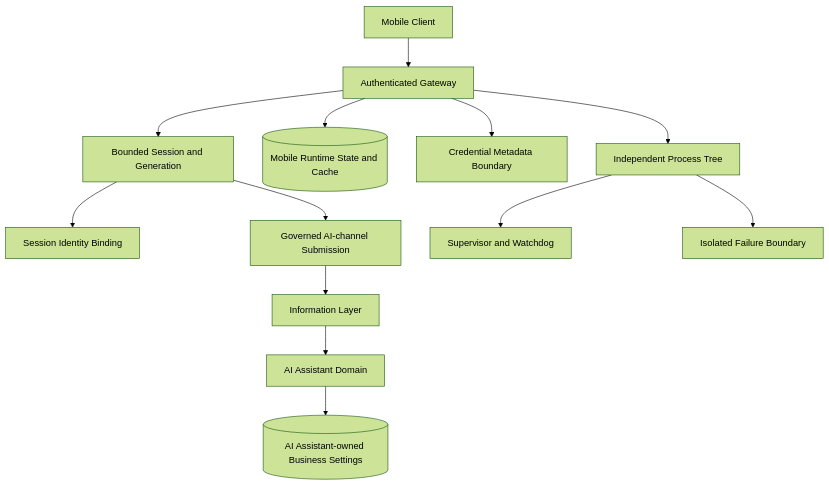
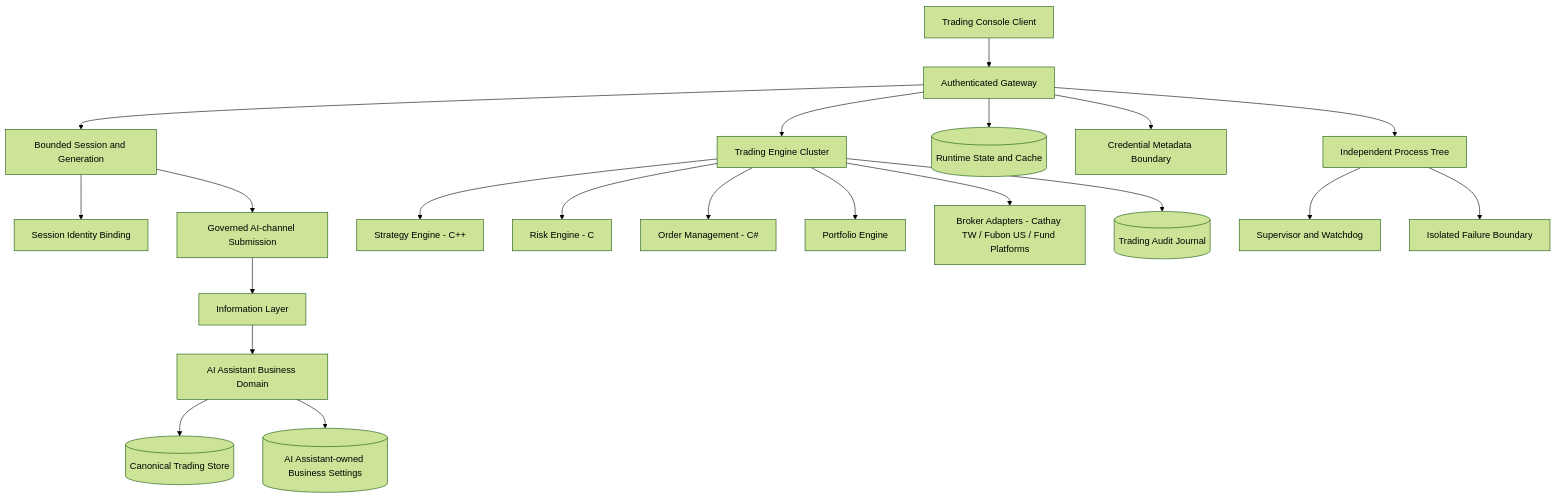
One commit to guilty442-source/GPTBridge changed the diagram in governance_rule/codex/architecture-tool-investment-mobile.md. Above: the diagram before and after it, drawn with Mermaid (forest theme). The commit also changed other lines of this file and 209 other files, not shown here.

````diff
--- a/governance_rule/codex/architecture-tool-investment-mobile.md
+++ b/governance_rule/codex/architecture-tool-investment-mobile.md
@@ -3,15 +3,23 @@
 ```mermaid
 flowchart TB
-  CLIENT[Mobile Client] --> GATE[Authenticated Gateway]
+  CONSOLE[Trading Console Client] --> GATE[Authenticated Gateway]
   GATE --> SESSION[Bounded Session and Generation]
   SESSION --> IDENT[Session Identity Binding]
   SESSION --> CHANNEL[Governed AI-channel Submission]
   CHANNEL --> INFO[Information Layer]
-  INFO --> AI[AI Assistant Domain]
-  GATE --> STATE[(Mobile Runtime State and Cache)]
+  INFO --> AI[AI Assistant Business Domain]
+  AI --> STORE[(Canonical Trading Store)]
+  GATE --> ENGINES[Trading Engine Cluster]
+  ENGINES --> STRAT[Strategy Engine - C++]
+  ENGINES --> RISK[Risk Engine - C]
+  ENGINES --> OMS[Order Management - C#]
+  ENGINES --> PORTFOLIO[Portfolio Engine]
+  ENGINES --> ADAPTERS[Broker Adapters - Cathay TW / Fubon US / Fund Platforms]
+  ENGINES --> AUDIT[(Trading Audit Journal)]
+  GATE --> STATE[(Runtime State and Cache)]
   AI --> SETTINGS[(AI Assistant-owned Business Settings)]
   GATE --> CRED[Credential Metadata Boundary]
   GATE --> PROC[Independent Process Tree]
   PROC --> SUP[Supervisor and Watchdog]
   PROC --> FAULT[Isolated Failure Boundary]
 ```
````
